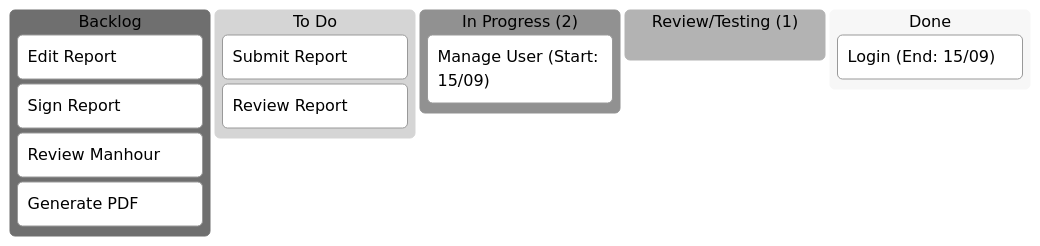
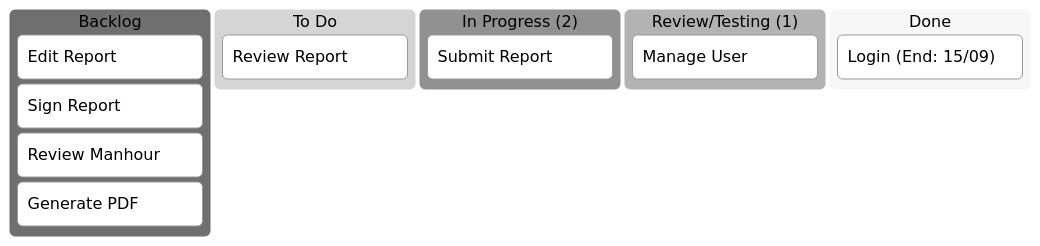
One commit to billdansr/kanban-boc-om changed the diagram in Kanban/02-Kanban.md. Above: the diagram before and after it, drawn with Mermaid (neutral theme). The commit also changed 9 other files, not shown here.

````diff
--- a/Kanban/02-Kanban.md
+++ b/Kanban/02-Kanban.md
@@ -3,20 +3,20 @@
 ```mermaid
 kanban
   backlog[Backlog]
     b4[Edit Report]
     b5[Sign Report]
     b6[Review Manhour]
     b7[Generate PDF]
 
   todo[To Do]
-      t2[Submit Report]
-      t3[Review Report]
+    t3[Review Report]
 
   inprogress["In Progress (2)"]
-    i8["Manage User (Start: 15/09)"]
+    i2[Submit Report]
 
   review["Review/Testing (1)"]
+    r8["Manage User"]
 
   done[Done]
     d1["Login (End: 15/09)"]
 ```
````
